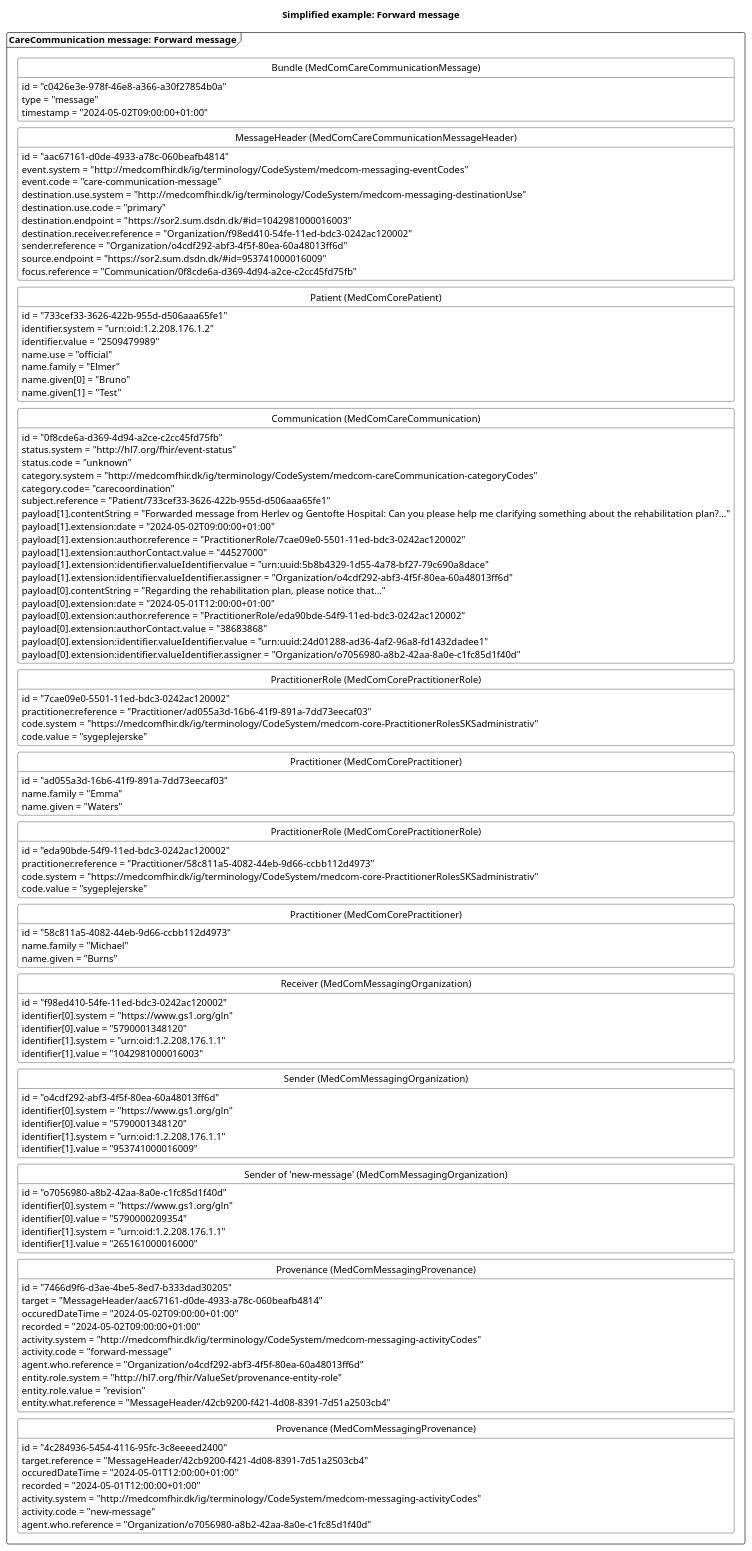
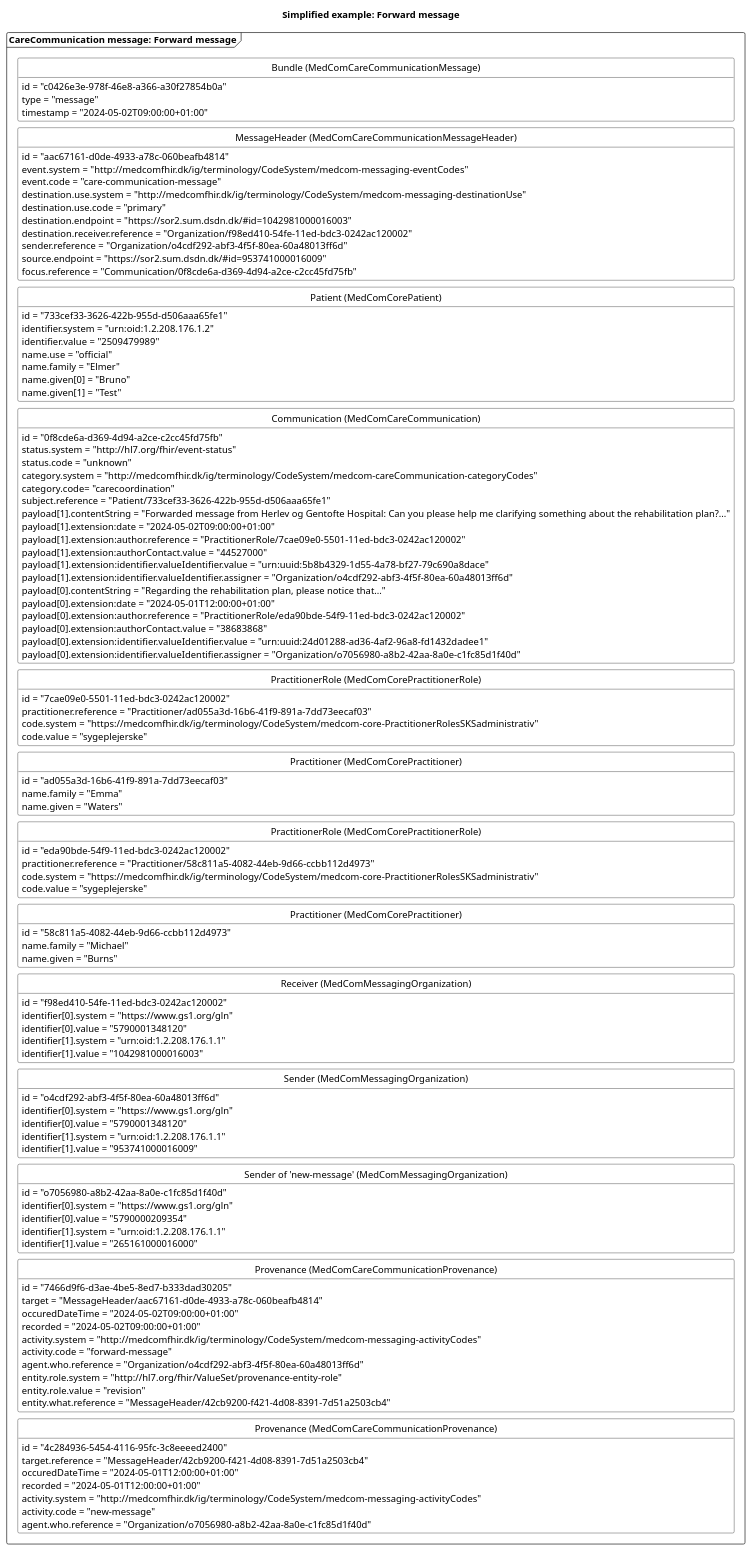
Before and after one commit to medcomdk/dk-medcom-carecommunication: the diagram in puml/CareCommunicationForwardMessage.puml, drawn with PlantUML. The commit also changed 2 other files, not shown here.

Commit message:
Corrected UML diagrams for GitHubPages

```diff
--- a/puml/CareCommunicationForwardMessage.puml
+++ b/puml/CareCommunicationForwardMessage.puml
@@ -1,145 +1,145 @@
 @startuml CCForwardMessage2
 
 'layout
 skinparam class {
     BackgroundColor White
     BorderColor Black
     ArrowColor Black
   }
 hide circle
 hide empty members
 skinparam SameClassWidth true
 skinparam Ranksep 10
 
 
 'title
 title Simplified example: Forward message
 
 'Message 1: Forward message
 package "CareCommunication message: Forward message" as forward <<Frame>>{
     class "Bundle (MedComCareCommunicationMessage)" as forwardB {
         id = "c0426e3e-978f-46e8-a366-a30f27854b0a"
         type = "message"
         timestamp = "2024-05-02T09:00:00+01:00"
     }
     class "MessageHeader (MedComCareCommunicationMessageHeader)" as forwardMH{
         id = "aac67161-d0de-4933-a78c-060beafb4814"
         event.system = "http://medcomfhir.dk/ig/terminology/CodeSystem/medcom-messaging-eventCodes"
         event.code = "care-communication-message"
         destination.use.system = "http://medcomfhir.dk/ig/terminology/CodeSystem/medcom-messaging-destinationUse"
         destination.use.code = "primary"
         destination.endpoint = "https://sor2.sum.dsdn.dk/#id=1042981000016003"
         destination.receiver.reference = "Organization/f98ed410-54fe-11ed-bdc3-0242ac120002"
         sender.reference = "Organization/o4cdf292-abf3-4f5f-80ea-60a48013ff6d"
         source.endpoint = "https://sor2.sum.dsdn.dk/#id=953741000016009"
         focus.reference = "Communication/0f8cde6a-d369-4d94-a2ce-c2cc45fd75fb"
     }
     class "Patient (MedComCorePatient)" as forwardPT{
         id = "733cef33-3626-422b-955d-d506aaa65fe1"
         identifier.system = "urn:oid:1.2.208.176.1.2"
         identifier.value = "2509479989"
         name.use = "official"
         name.family = "Elmer"
         name.given[0] = "Bruno"
         name.given[1] = "Test"
     }
     class "Communication (MedComCareCommunication)" as forwardCom{
         id = "0f8cde6a-d369-4d94-a2ce-c2cc45fd75fb"
         status.system = "http://hl7.org/fhir/event-status" 
         status.code = "unknown"
         category.system = "http://medcomfhir.dk/ig/terminology/CodeSystem/medcom-careCommunication-categoryCodes"
         category.code= "carecoordination"
         subject.reference = "Patient/733cef33-3626-422b-955d-d506aaa65fe1"
         payload[1].contentString = "Forwarded message from Herlev og Gentofte Hospital: Can you please help me clarifying something about the rehabilitation plan?..."
         payload[1].extension:date = "2024-05-02T09:00:00+01:00"
         payload[1].extension:author.reference = "PractitionerRole/7cae09e0-5501-11ed-bdc3-0242ac120002"
         payload[1].extension:authorContact.value = "44527000"
         payload[1].extension:identifier.valueIdentifier.value = "urn:uuid:5b8b4329-1d55-4a78-bf27-79c690a8dace"
         payload[1].extension:identifier.valueIdentifier.assigner = "Organization/o4cdf292-abf3-4f5f-80ea-60a48013ff6d"
         payload[0].contentString = "Regarding the rehabilitation plan, please notice that..."
         payload[0].extension:date = "2024-05-01T12:00:00+01:00"
         payload[0].extension:author.reference = "PractitionerRole/eda90bde-54f9-11ed-bdc3-0242ac120002"
         payload[0].extension:authorContact.value = "38683868"
         payload[0].extension:identifier.valueIdentifier.value = "urn:uuid:24d01288-ad36-4af2-96a8-fd1432dadee1"
         payload[0].extension:identifier.valueIdentifier.assigner = "Organization/o7056980-a8b2-42aa-8a0e-c1fc85d1f40d"
     }
     class "PractitionerRole (MedComCorePractitionerRole)" as forwardPracR{
         id = "7cae09e0-5501-11ed-bdc3-0242ac120002"
         practitioner.reference = "Practitioner/ad055a3d-16b6-41f9-891a-7dd73eecaf03"
         code.system = "https://medcomfhir.dk/ig/terminology/CodeSystem/medcom-core-PractitionerRolesSKSadministrativ"
         code.value = "sygeplejerske"
     }
     class "Practitioner (MedComCorePractitioner)" as forwardPrac{
         id = "ad055a3d-16b6-41f9-891a-7dd73eecaf03"
         name.family = "Emma"
         name.given = "Waters"
     }
     class "PractitionerRole (MedComCorePractitionerRole)" as newPracR{
         id = "eda90bde-54f9-11ed-bdc3-0242ac120002"
         practitioner.reference = "Practitioner/58c811a5-4082-44eb-9d66-ccbb112d4973"
         code.system = "https://medcomfhir.dk/ig/terminology/CodeSystem/medcom-core-PractitionerRolesSKSadministrativ"
         code.value = "sygeplejerske"
     }
     class "Practitioner (MedComCorePractitioner)" as newPrac{
         id = "58c811a5-4082-44eb-9d66-ccbb112d4973"
         name.family = "Michael"
         name.given = "Burns"
     }
     class "Receiver (MedComMessagingOrganization)" as forwardROrg{
         id = "f98ed410-54fe-11ed-bdc3-0242ac120002"
         identifier[0].system = "https://www.gs1.org/gln"
         identifier[0].value = "5790001348120"
         identifier[1].system = "urn:oid:1.2.208.176.1.1"
         identifier[1].value = "1042981000016003"
     }
     class "Sender (MedComMessagingOrganization)" as forwardSOrg{
         id = "o4cdf292-abf3-4f5f-80ea-60a48013ff6d"
         identifier[0].system = "https://www.gs1.org/gln"
         identifier[0].value = "5790001348120"
         identifier[1].system = "urn:oid:1.2.208.176.1.1"
         identifier[1].value = "953741000016009"
     }
     class "Sender of 'new-message' (MedComMessagingOrganization)" as senderOrg{
         id = "o7056980-a8b2-42aa-8a0e-c1fc85d1f40d"
         identifier[0].system = "https://www.gs1.org/gln"
         identifier[0].value = "5790000209354"
         identifier[1].system = "urn:oid:1.2.208.176.1.1"
         identifier[1].value = "265161000016000"
     }
-    class "Provenance (MedComMessagingProvenance)" as forwardPRO{
+    class "Provenance (MedComCareCommunicationProvenance)" as forwardPRO{
         id = "7466d9f6-d3ae-4be5-8ed7-b333dad30205"
         target = "MessageHeader/aac67161-d0de-4933-a78c-060beafb4814"
         occuredDateTime = "2024-05-02T09:00:00+01:00"
         recorded = "2024-05-02T09:00:00+01:00"
         activity.system = "http://medcomfhir.dk/ig/terminology/CodeSystem/medcom-messaging-activityCodes"
         activity.code = "forward-message"
         agent.who.reference = "Organization/o4cdf292-abf3-4f5f-80ea-60a48013ff6d"
         entity.role.system = "http://hl7.org/fhir/ValueSet/provenance-entity-role"
         entity.role.value = "revision"
         entity.what.reference = "MessageHeader/42cb9200-f421-4d08-8391-7d51a2503cb4"
     }
-    class "Provenance (MedComMessagingProvenance)" as newPRO{
+    class "Provenance (MedComCareCommunicationProvenance)" as newPRO{
         id = "4c284936-5454-4116-95fc-3c8eeeed2400"
         target.reference = "MessageHeader/42cb9200-f421-4d08-8391-7d51a2503cb4"
         occuredDateTime = "2024-05-01T12:00:00+01:00"
         recorded = "2024-05-01T12:00:00+01:00"
         activity.system = "http://medcomfhir.dk/ig/terminology/CodeSystem/medcom-messaging-activityCodes"
         activity.code = "new-message"
         agent.who.reference = "Organization/o7056980-a8b2-42aa-8a0e-c1fc85d1f40d"
     }
 
 forwardB -[hidden]- forwardMH
 forwardMH -[hidden]-forwardPT
 forwardPT-[hidden]-forwardCom
 forwardCom -[hidden]-forwardPracR
 forwardPracR-[hidden]-forwardPrac
 forwardPrac-[hidden]-newPracR
 newPracR-[hidden]-newPrac
 newPrac-[hidden]-forwardROrg
 forwardROrg-[hidden]- forwardSOrg
 forwardSOrg-[hidden]-senderOrg
 senderOrg-[hidden]-forwardPRO
 forwardPRO-[hidden]-newPRO
 
 
 @enduml
```
